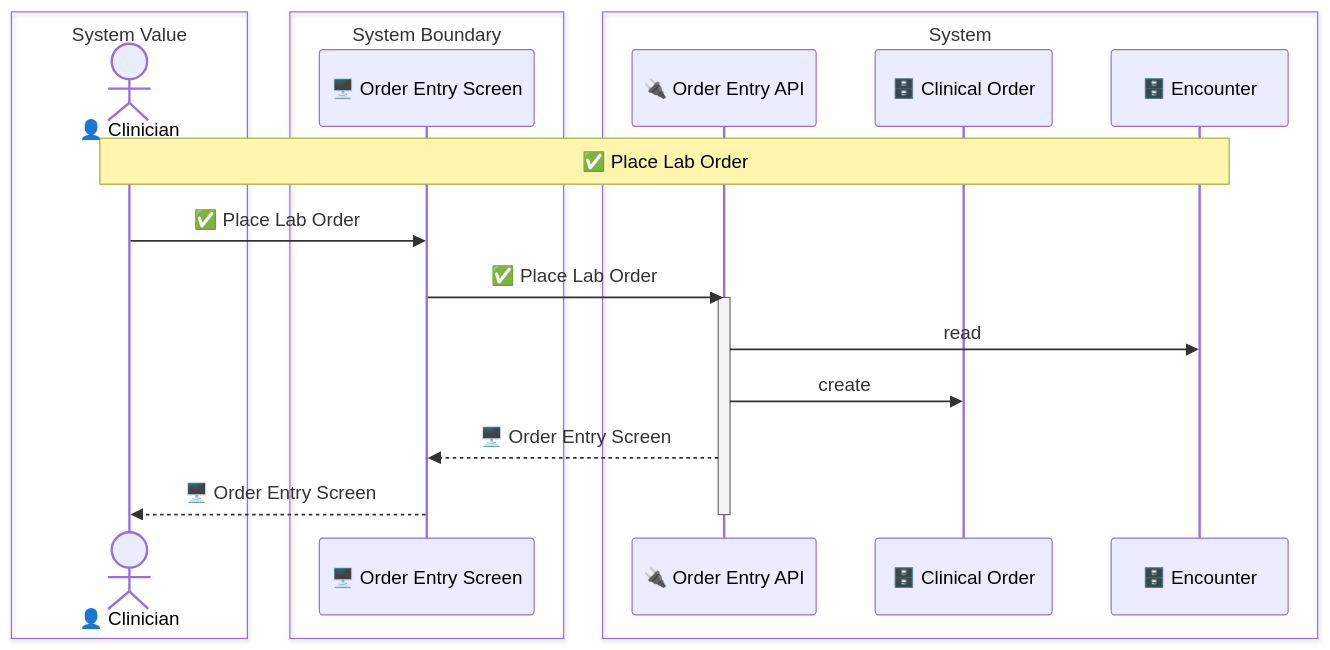
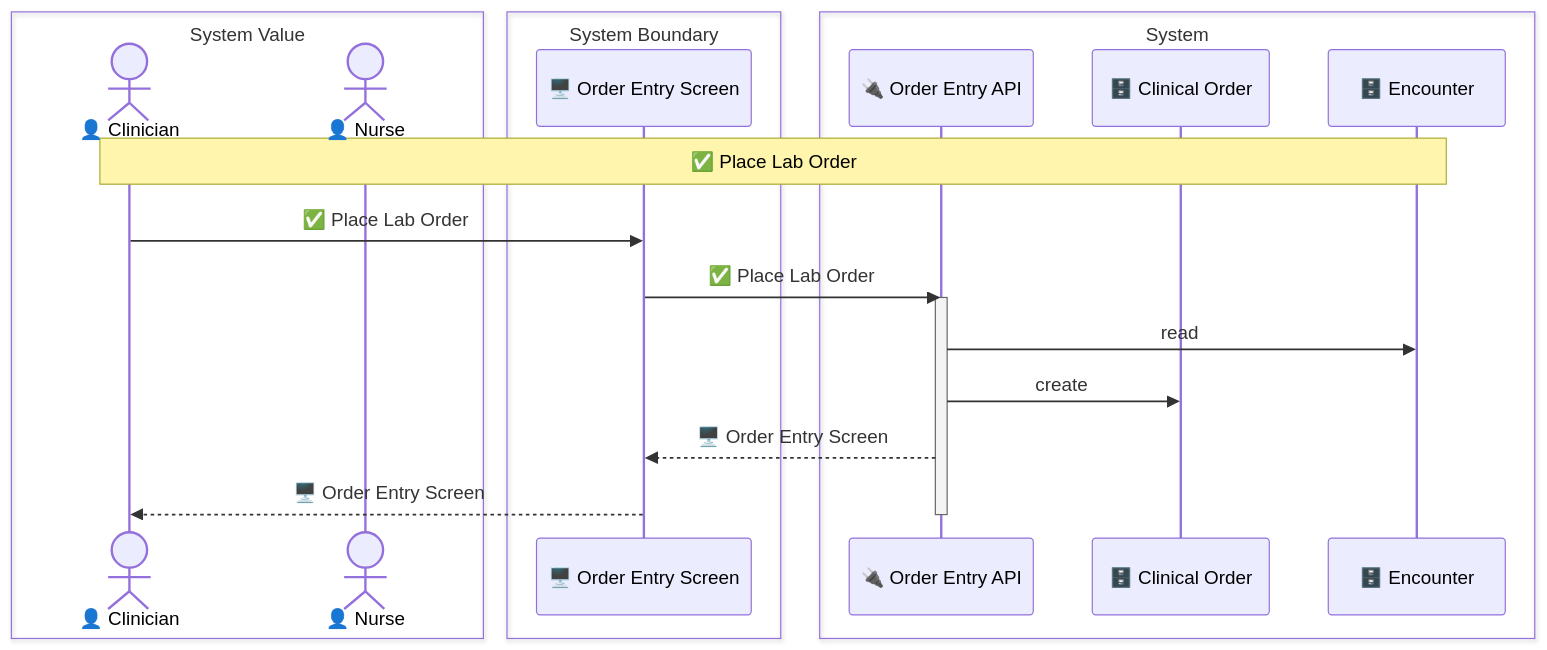
Before and after one commit to manji-0/rdra-ish-dsl: the diagram in samples/clinic-ops/out/uc/sequence_place_lab_order.mmd, drawn with Mermaid. The commit also changed 90 other files, not shown here.

```diff
--- a/samples/clinic-ops/out/uc/sequence_place_lab_order.mmd
+++ b/samples/clinic-ops/out/uc/sequence_place_lab_order.mmd
@@ -1,22 +1,23 @@
 sequenceDiagram
   box System Value
     actor Clinician as 👤 Clinician
+    actor Nurse as 👤 Nurse
   end
   box System Boundary
     participant OrderEntryScreen as 🖥️ Order Entry Screen
   end
   box System
     participant OrderEntryApi as 🔌 Order Entry API
     participant ClinicalOrder as 🗄️ Clinical Order
     participant Encounter as 🗄️ Encounter
   end
 
   Note over Clinician,Encounter: ✅ Place Lab Order
   Clinician->>OrderEntryScreen: ✅ Place Lab Order
   OrderEntryScreen->>OrderEntryApi: ✅ Place Lab Order
   activate OrderEntryApi
   OrderEntryApi->>Encounter: read
   OrderEntryApi->>ClinicalOrder: create
   OrderEntryApi-->>OrderEntryScreen: 🖥️ Order Entry Screen
   OrderEntryScreen-->>Clinician: 🖥️ Order Entry Screen
   deactivate OrderEntryApi
```
